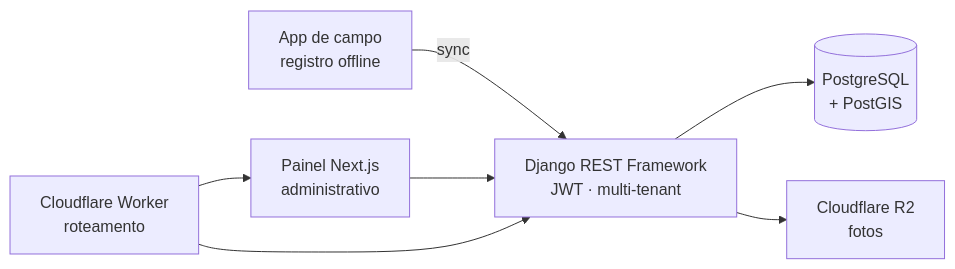
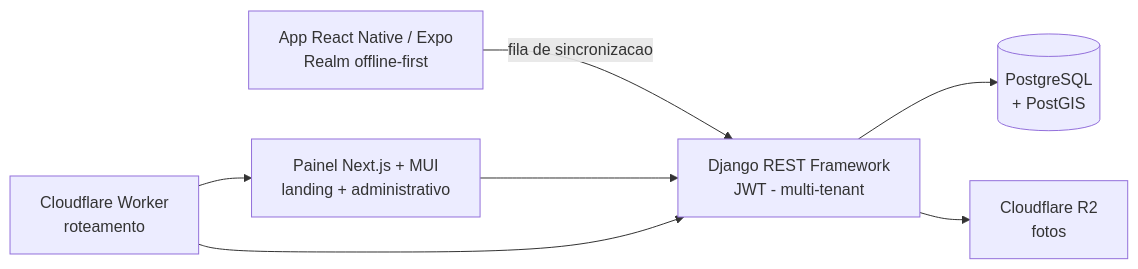
The first of 4 diagrams in README.md (vicloh/vicloh), drawn with Mermaid before and after one commit. The commit also changed other lines of this file, not shown here.

````diff
--- a/README.md
+++ b/README.md
@@ -53,9 +69,9 @@
 ```mermaid
 flowchart LR
-    APP["App de campo<br/>registro offline"] -->|sync| API
-    PAINEL["Painel Next.js<br/>administrativo"] --> API
-    API["Django REST Framework<br/>JWT · multi-tenant"] --> DB[("PostgreSQL<br/>+ PostGIS")]
+    APP["App React Native / Expo<br/>Realm offline-first"] -->|fila de sincronizacao| API
+    PAINEL["Painel Next.js + MUI<br/>landing + administrativo"] --> API
+    API["Django REST Framework<br/>JWT - multi-tenant"] --> DB[("PostgreSQL<br/>+ PostGIS")]
     API --> R2["Cloudflare R2<br/>fotos"]
     CF["Cloudflare Worker<br/>roteamento"] --> API
     CF --> PAINEL
 ```
````
